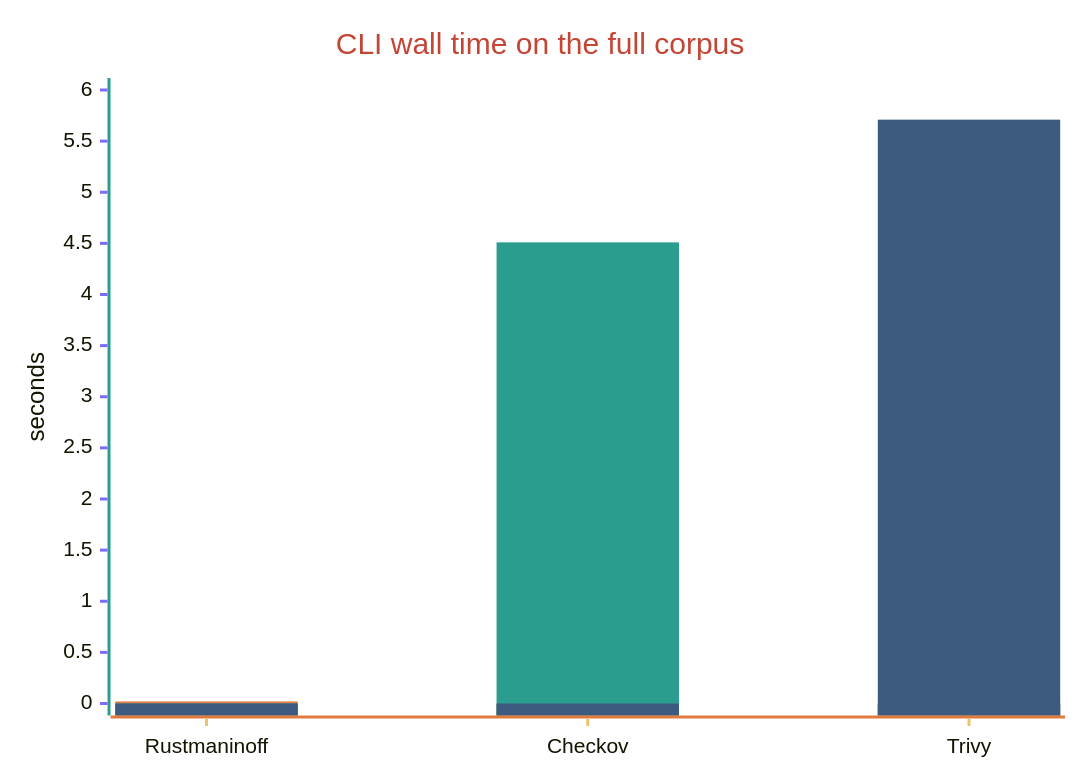
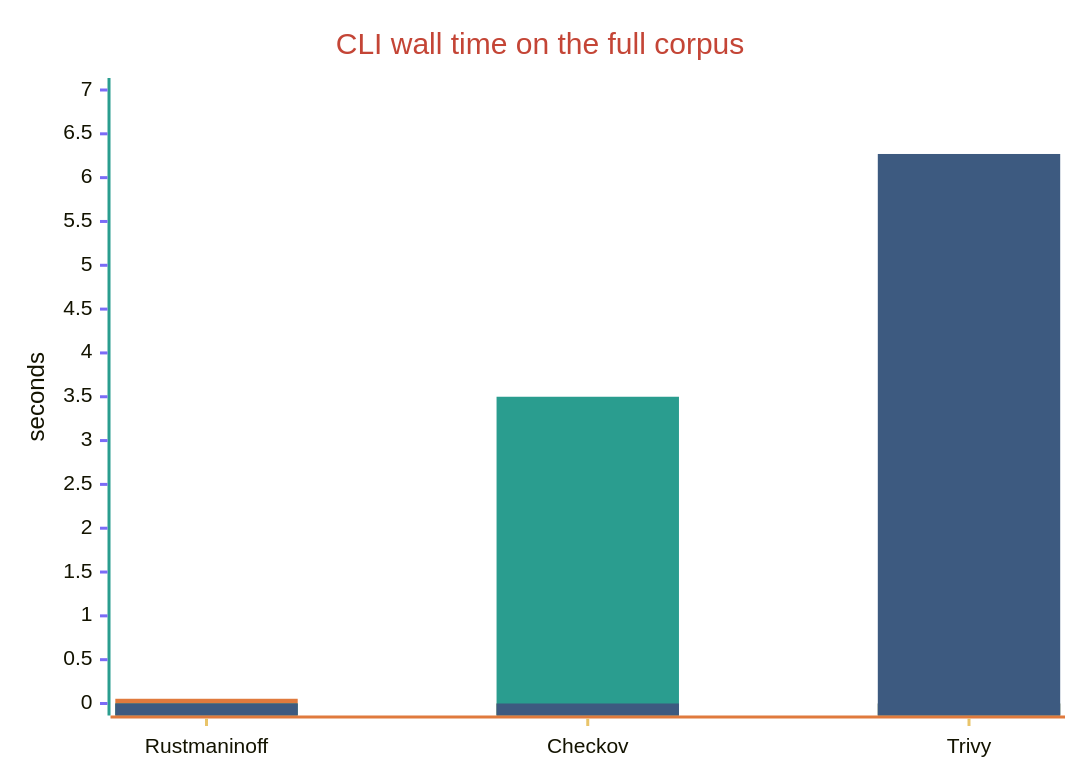
Before and after one commit to jose-compu/rustmaninoff: the first of 2 diagrams in README.md, drawn with Mermaid. The commit also changed other lines of this file and 105 other files, not shown here.

````diff
--- a/README.md
+++ b/README.md
@@ -116,10 +117,10 @@
 ```mermaid
 %%{init: {"themeVariables": {"xyChart": {"plotColorPalette": "#E07A3D, #2A9D8F, #3D5A80", "titleColor": "#C44536", "xAxisLineColor": "#E07A3D", "yAxisLineColor": "#2A9D8F", "xAxisTickColor": "#E9C46A", "yAxisTickColor": "#7B6CF6"}}}}%%
 xychart-beta
     title "CLI wall time on the full corpus"
     x-axis [Rustmaninoff, Checkov, Trivy]
-    y-axis "seconds" 0 --> 6
-    bar "Rustmaninoff" [0.02, 0, 0]
-    bar "Checkov" [0, 4.51, 0]
-    bar "Trivy" [0, 0, 5.71]
+    y-axis "seconds" 0 --> 7
+    bar "Rustmaninoff" [0.054, 0, 0]
+    bar "Checkov" [0, 3.50, 0]
+    bar "Trivy" [0, 0, 6.27]
 ```
````
